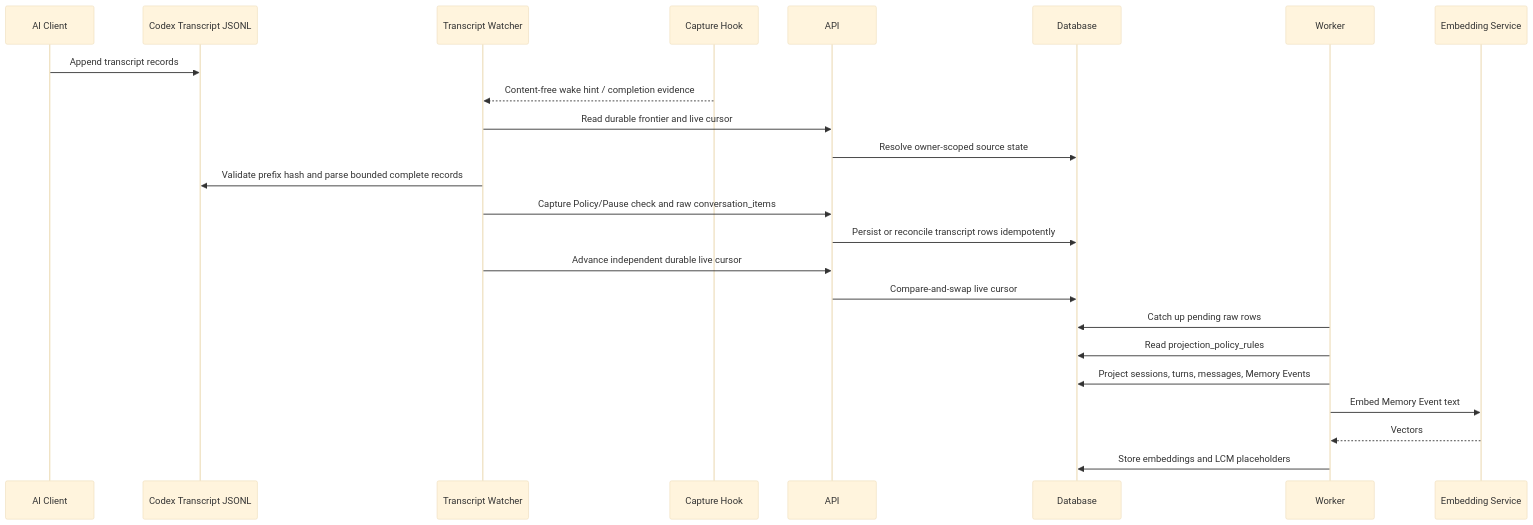
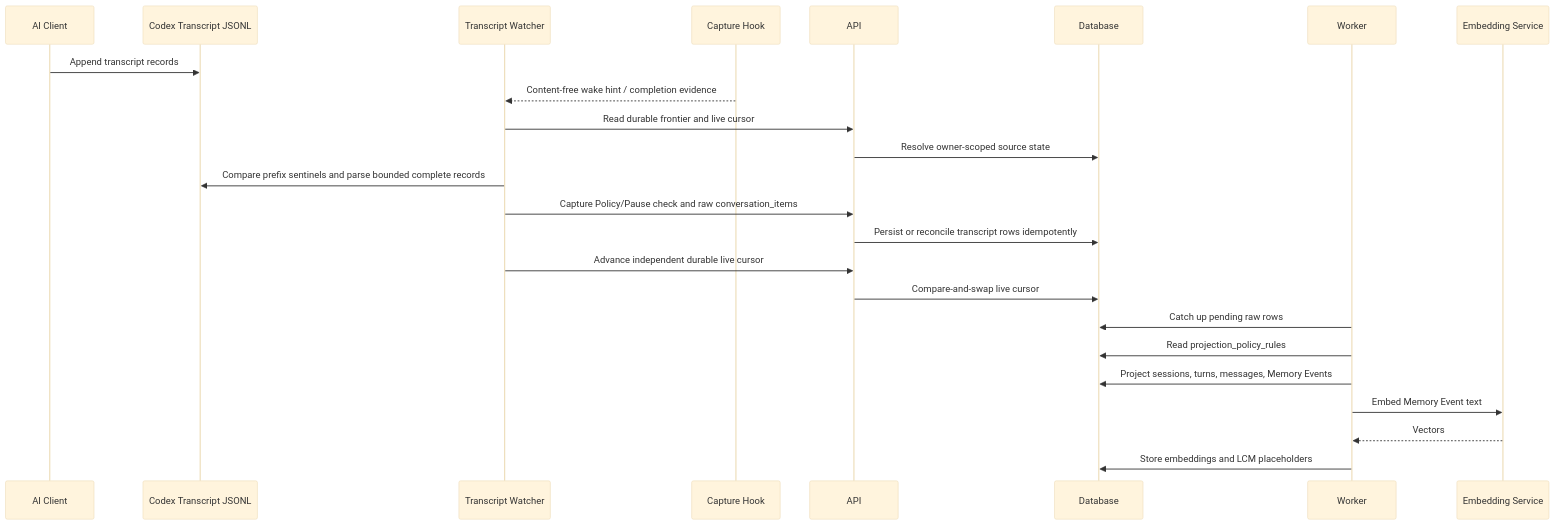
The first of 5 diagrams in docs/service-sequence-overview.md (johncarmack1984/koed), drawn with Mermaid (base theme) before and after one commit. The commit also changed other lines of this file and 8 other files, not shown here.

Commit message:
fix(mcp): bound transcript watcher scans

````diff
--- a/docs/service-sequence-overview.md
+++ b/docs/service-sequence-overview.md
@@ -689,27 +691,27 @@
 ```mermaid
 sequenceDiagram
   participant Client as AI Client
   participant Transcript as Codex Transcript JSONL
   participant Watcher as Transcript Watcher
   participant Hook as Capture Hook
   participant API as API
   participant DB as Database
   participant Worker as Worker
   participant Embed as Embedding Service
 
   Client->>Transcript: Append transcript records
   Hook-->>Watcher: Content-free wake hint / completion evidence
   Watcher->>API: Read durable frontier and live cursor
   API->>DB: Resolve owner-scoped source state
-  Watcher->>Transcript: Validate prefix hash and parse bounded complete records
+  Watcher->>Transcript: Compare prefix sentinels and parse bounded complete records
   Watcher->>API: Capture Policy/Pause check and raw conversation_items
   API->>DB: Persist or reconcile transcript rows idempotently
   Watcher->>API: Advance independent durable live cursor
   API->>DB: Compare-and-swap live cursor
   Worker->>DB: Catch up pending raw rows
   Worker->>DB: Read projection_policy_rules
   Worker->>DB: Project sessions, turns, messages, Memory Events
   Worker->>Embed: Embed Memory Event text
   Embed-->>Worker: Vectors
   Worker->>DB: Store embeddings and LCM placeholders
 ```
````
